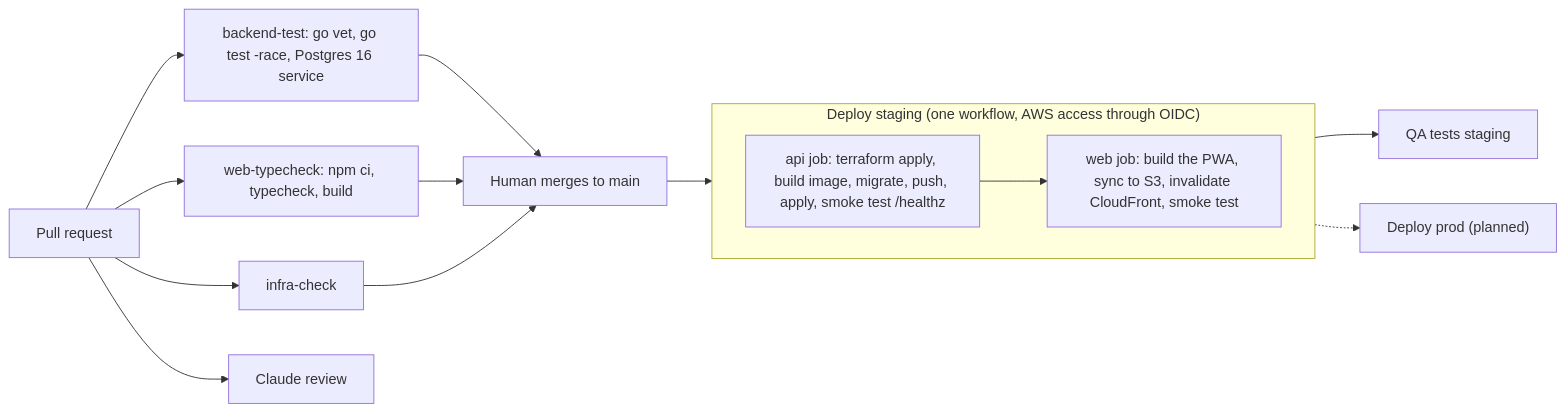
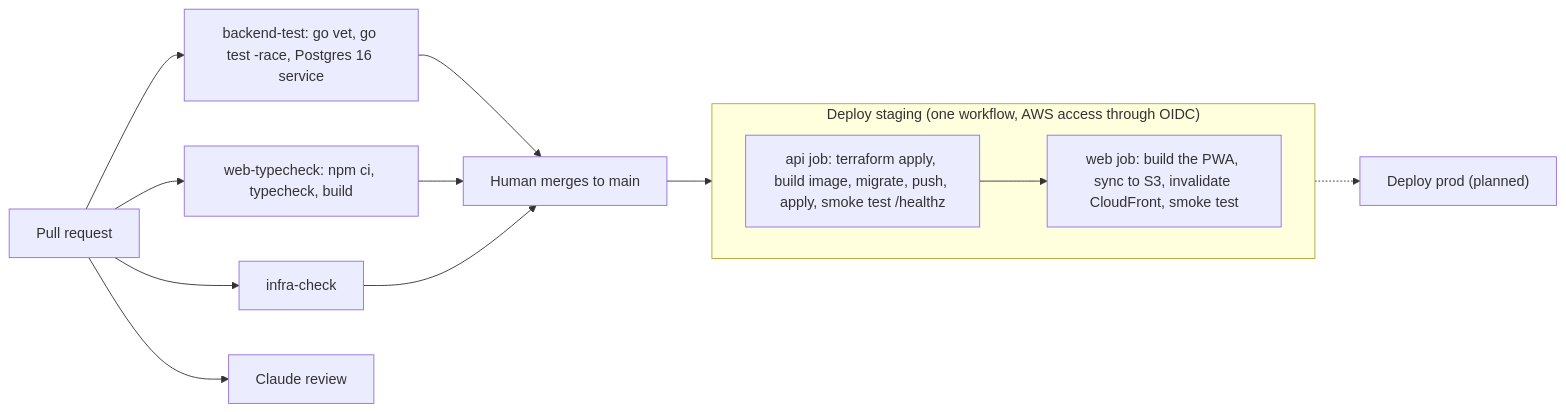
One commit to AbnerWillclefy/Homeowner changed the third of 3 diagrams in docs/architecture/infrastructure.md. Above: the diagram before and after it, drawn with Mermaid. The commit also changed other lines of this file and 6 other files, not shown here.

````diff
--- a/docs/architecture/infrastructure.md
+++ b/docs/architecture/infrastructure.md
@@ -72,19 +72,18 @@
 ```mermaid
 flowchart LR
     PR["Pull request"] --> BT["backend-test: go vet, go test -race, Postgres 16 service"]
     PR --> WT["web-typecheck: npm ci, typecheck, build"]
     PR --> IC["infra-check"]
     PR --> CR["Claude review"]
     BT --> M["Human merges to main"]
     WT --> M
     IC --> M
     M --> DS
     subgraph DS["Deploy staging (one workflow, AWS access through OIDC)"]
       direction LR
       api["api job: terraform apply, build image, migrate, push, apply, smoke test /healthz"]
       web["web job: build the PWA, sync to S3, invalidate CloudFront, smoke test"]
       api --> web
     end
-    DS --> QA["QA tests staging"]
     DS -.-> DP["Deploy prod (planned)"]
 ```
````
